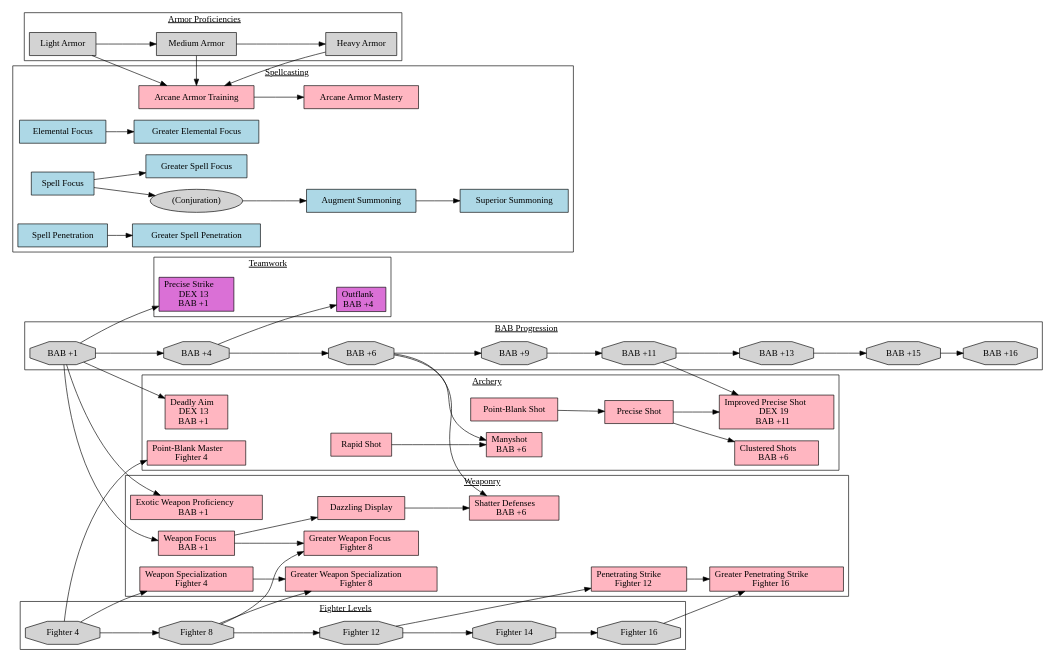
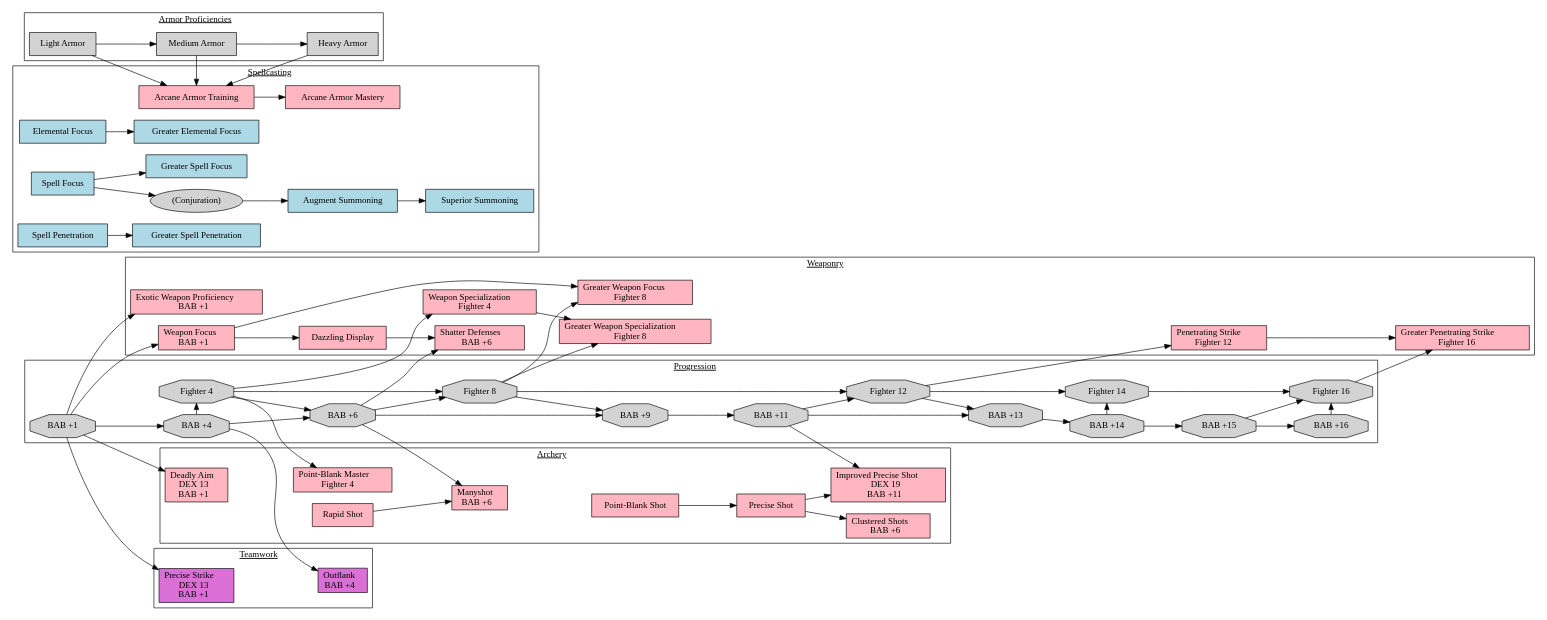
Before and after one commit to JAlexLind/PathFinder: the diagram in Character.dot, drawn with Graphviz.

Commit message:
moar tw3ekz

```diff
--- a/Character.dot
+++ b/Character.dot
@@ -1,122 +1,125 @@
 digraph Character
 {
   ratio=auto
   rankdir=LR
   newrank=true
   node [shape=rectangle, color=black, style=filled, fillcolor=transparent]
 
 subgraph cluster_bab
 {
-  label=<<U>BAB Progression</U>>
+  label=<<U>Progression</U>>
   node [shape=octagon, fillcolor=lightgrey]
-  "BAB +1" -> "BAB +4" -> "BAB +6" -> "BAB +9" -> "BAB +11" -> "BAB +13" -> "BAB +15" -> "BAB +16"
-}
-
-subgraph cluster_fighter
-{
-  label=<<U>Fighter Levels</U>>
-  node [shape=octagon, fillcolor=lightgrey]
+  "BAB +1" -> "BAB +4" -> "BAB +6" -> "BAB +9" -> "BAB +11" -> "BAB +13" -> "BAB +14" -> "BAB +15" -> "BAB +16"
   "Fighter 4" -> "Fighter 8" -> "Fighter 12" -> "Fighter 14" -> "Fighter 16"
+  "BAB +4" -> "Fighter 4" [constraint=false]
+  "Fighter 4" -> "BAB +6"
+  "BAB +6" -> "Fighter 8"
+  "Fighter 8" -> "BAB +9"
+  "BAB +11" -> "Fighter 12"
+  "Fighter 12" -> "BAB +13"
+  "BAB +14" -> "Fighter 14" [constraint=false]
+  "BAB +15" -> "Fighter 16"
+  "BAB +16" -> "Fighter 16" [constraint=false]
 }
 
 subgraph cluster_armors
 {
   label=<<U>Armor Proficiencies</U>>
   node [shape=rectangle, fillcolor=lightgrey]
   "Light Armor" -> "Medium Armor" -> "Heavy Armor"
 }
 
 subgraph cluster_teamwork
 {
   label=<<U>Teamwork</U>>
   node [fillcolor=orchid]
 
   "Outflank" [label=<\N<BR/>BAB +4>]
   "BAB +4" -> "Outflank"
 
   "Precise Strike" [label=<\N<BR/>DEX 13<BR/>BAB +1>]
   "BAB +1" -> "Precise Strike"
 }
 
 subgraph cluster_spellcasting
 {
   label=<<U>Spellcasting</U>>
   node [fillcolor=lightblue]
 
   "Elemental Focus" -> "Greater Elemental Focus"
   "Spell Focus" -> "Greater Spell Focus"
   "Spell Penetration" -> "Greater Spell Penetration"
   "(Conjuration)" [shape=oval, fillcolor=lightgrey]
   "Spell Focus" -> "(Conjuration)" -> "Augment Summoning" -> "Superior Summoning"
   "Arcane Armor Training" [fillcolor=lightpink]
   "Arcane Armor Mastery" [fillcolor=lightpink]
   "Light Armor" -> "Arcane Armor Training" [constraint=true]
   "Medium Armor" -> "Arcane Armor Training" [constraint=false]
   "Heavy Armor" -> "Arcane Armor Training" [constraint=false]
   "Arcane Armor Training" -> "Arcane Armor Mastery"
 }
 
 subgraph cluster_weaponry
 {
   label=<<U>Weaponry</U>>
   node [fillcolor=lightpink]
 
   "Exotic Weapon Proficiency" [label=<\N<BR/>BAB +1>]
   "BAB +1" -> "Exotic Weapon Proficiency"
 
   "Weapon Focus" [label=<\N<BR/>BAB +1>]
   "BAB +1" -> "Weapon Focus"
 
   "Weapon Specialization" [label=<\N<BR/>Fighter 4>]
   "Fighter 4" -> "Weapon Specialization"
 
   "Dazzling Display"
   "Weapon Focus" -> "Dazzling Display"
 
   "Shatter Defenses" [label=<\N<BR/>BAB +6>]
   "BAB +6" -> "Shatter Defenses"
   "Dazzling Display" -> "Shatter Defenses"
 
   "Greater Weapon Focus" [label=<\N<BR/>Fighter 8>]
   "Fighter 8" -> "Greater Weapon Focus"
   "Weapon Focus" -> "Greater Weapon Focus"
 
   "Greater Weapon Specialization" [label=<\N<BR/>Fighter 8>]
   "Fighter 8" -> "Greater Weapon Specialization"
   "Weapon Specialization" -> "Greater Weapon Specialization"
 
   "Penetrating Strike" [label=<\N<BR/>Fighter 12>]
   "Fighter 12" -> "Penetrating Strike"
 
   "Greater Penetrating Strike" [label=<\N<BR/>Fighter 16>]
   "Fighter 16" -> "Greater Penetrating Strike"
   "Penetrating Strike" -> "Greater Penetrating Strike"
 }
 
 subgraph cluster_archery
 {
   label=<<U>Archery</U>>
   node [fillcolor=lightpink]
 
   "Point-Blank Shot" -> "Precise Shot"
 
   "Deadly Aim" [label=<\N<BR/>DEX 13<BR/>BAB +1>]
   "BAB +1" -> "Deadly Aim"
 
   "Point-Blank Master" [label=<\N<BR/>Fighter 4>]
   "Fighter 4" -> "Point-Blank Master"
 
   "Clustered Shots" [label=<\N<BR/>BAB +6>]
   "Precise Shot" -> "Clustered Shots"
 
   "Rapid Shot"
   "Manyshot" [label=<\N<BR/>BAB +6>]
   "Rapid Shot" -> "Manyshot"
   "BAB +6" -> "Manyshot"
 
   "Improved Precise Shot" [label=<\N<BR/>DEX 19<BR/>BAB +11>]
   "Precise Shot" -> "Improved Precise Shot"
   "BAB +11" -> "Improved Precise Shot"
 }
 
 }
```
